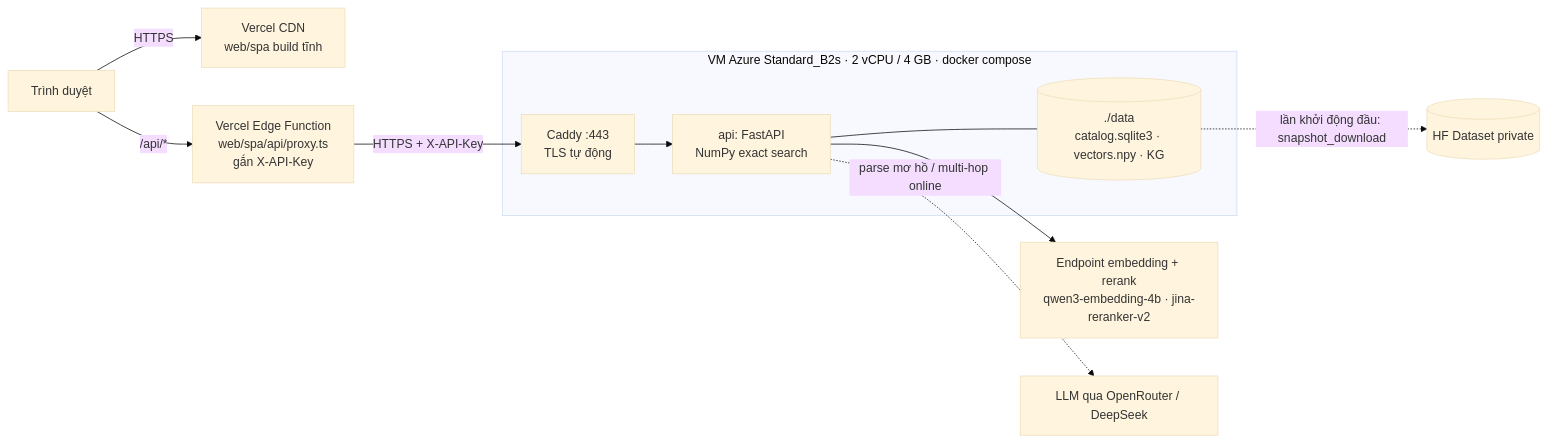
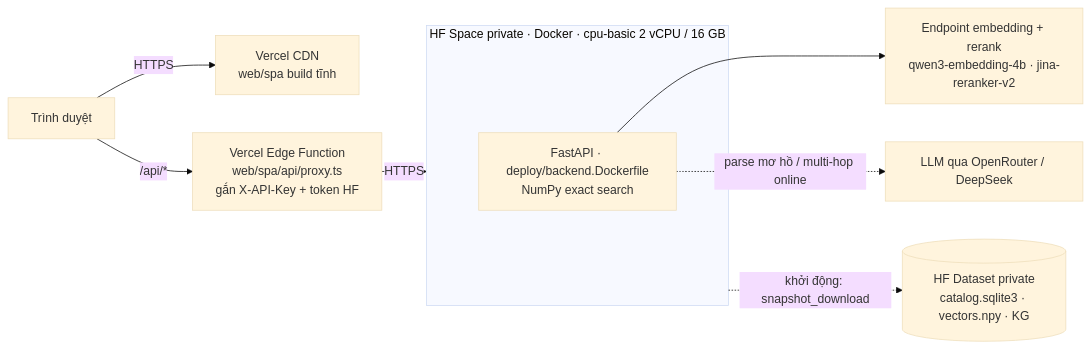
Before and after one commit to vuongej/heritage-image-retrieval: the first of 2 diagrams in docs/deploy.md, drawn with Mermaid (base theme). The commit also changed other lines of this file and 5 other files, not shown here.

First line of the commit message:
Deploy backend lên HF Space private (PRO) qua CI

````diff
--- a/docs/deploy.md
+++ b/docs/deploy.md
@@ -5,13 +5,12 @@
 ```mermaid
 flowchart LR
     U[Trình duyệt] -->|HTTPS| V[Vercel CDN<br/>web/spa build tĩnh]
-    U -->|/api/*| P[Vercel Edge Function<br/>web/spa/api/proxy.ts<br/>gắn X-API-Key]
-    P -->|HTTPS + X-API-Key| C[Caddy :443<br/>TLS tự động]
-    subgraph VM[VM Azure Standard_B2s · 2 vCPU / 4 GB · docker compose]
-        C --> A[api: FastAPI<br/>NumPy exact search]
-        A --- VOL[(./data<br/>catalog.sqlite3 · vectors.npy · KG)]
+    U -->|/api/*| P[Vercel Edge Function<br/>web/spa/api/proxy.ts<br/>gắn X-API-Key + token HF]
+    P -->|HTTPS| S
+    subgraph S[HF Space private · Docker · cpu-basic 2 vCPU / 16 GB]
+        A[FastAPI · deploy/backend.Dockerfile<br/>NumPy exact search]
     end
-    VOL -. lần khởi động đầu: snapshot_download .-> D[(HF Dataset private)]
+    S -. khởi động: snapshot_download .-> D[(HF Dataset private<br/>catalog.sqlite3 · vectors.npy · KG)]
     A --> E[Endpoint embedding + rerank<br/>qwen3-embedding-4b · jina-reranker-v2]
     A -. parse mơ hồ / multi-hop online .-> L[LLM qua OpenRouter / DeepSeek]
 ```
````
